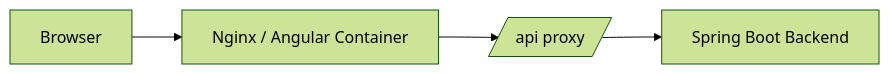
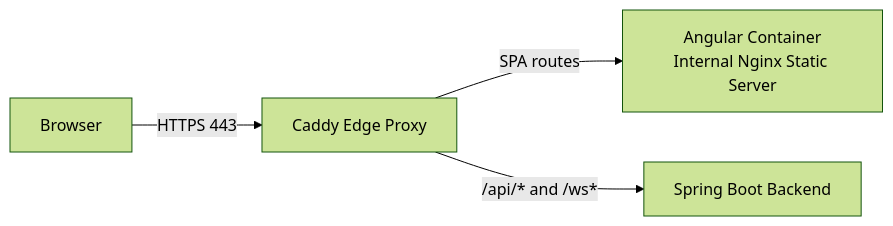
One commit to skawuma/A3-Field-Service-Management-Frontend changed the eighth of 8 diagrams in README.md. Above: the diagram before and after it, drawn with Mermaid (forest theme). The commit also changed other lines of this file, not shown here.

Commit message:
docs: document Caddy frontend routing

````diff
--- a/README.md
+++ b/README.md
@@ -374,6 +376,6 @@
 ```mermaid
 flowchart LR
-    Browser --> N[Nginx / Angular Container]
-    N --> API[/api proxy/]
-    API --> B[Spring Boot Backend]
+    Browser -->|HTTPS 443| C[Caddy Edge Proxy]
+    C -->|SPA routes| N[Angular Container<br/>Internal Nginx Static Server]
+    C -->|/api/* and /ws*| B[Spring Boot Backend]
 ```
````
